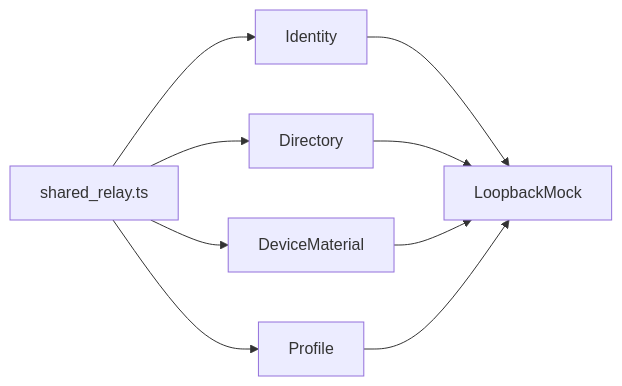
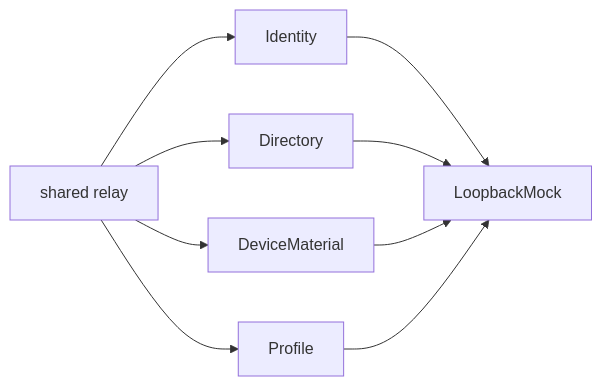
The diagram in suites/README.md (NPS-Dive/lumen-relay-quality-harness), drawn with Mermaid before and after one commit. The commit also changed 12 other files, not shown here.

First line of the commit message:
fix: render architecture diagrams on GitHub

````diff
--- a/suites/README.md
+++ b/suites/README.md
@@ -19,11 +19,11 @@
 ```mermaid
-flowchart LR
-  shared[shared_relay.ts] --> identity[Identity]
+graph LR
+  shared["shared relay"] --> identity[Identity]
   shared --> directory[Directory]
   shared --> material[DeviceMaterial]
   shared --> profile[Profile]
   identity --> mock[LoopbackMock]
   directory --> mock
   material --> mock
   profile --> mock
 ```
````
